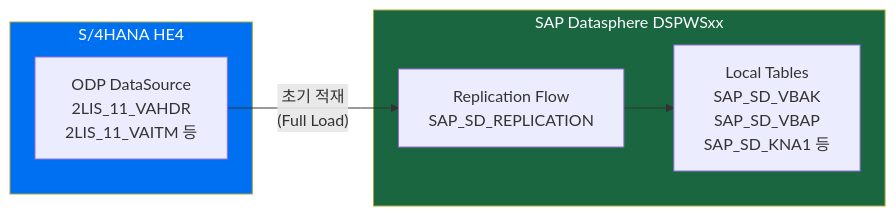
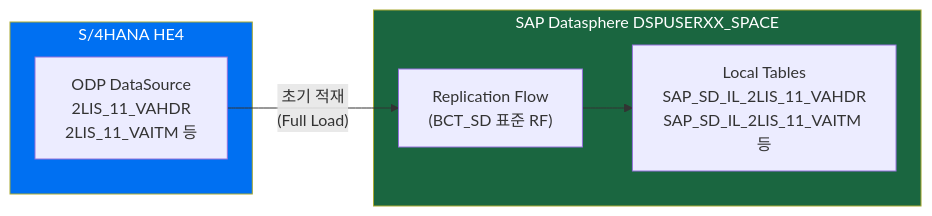
The first of 6 diagrams in labs/lab2-replication-flow.md (youngseols925/sap-datasphere-bdc-workshop), drawn with Mermaid before and after one commit. The commit also changed other lines of this file and 5 other files, not shown here.

````diff
--- a/labs/lab2-replication-flow.md
+++ b/labs/lab2-replication-flow.md
@@ -13,17 +13,17 @@
 ```mermaid
 graph LR
     subgraph SRC["S/4HANA HE4"]
         ODP["ODP DataSource\n2LIS_11_VAHDR\n2LIS_11_VAITM 등"]
     end
 
-    subgraph DSP["SAP Datasphere DSPWSxx"]
-        RF["Replication Flow\nSAP_SD_REPLICATION"]
-        LT["Local Tables\nSAP_SD_VBAK\nSAP_SD_VBAP\nSAP_SD_KNA1 등"]
+    subgraph DSP["SAP Datasphere DSPUSERXX_SPACE"]
+        RF["Replication Flow\n(BCT_SD 표준 RF)"]
+        LT["Local Tables\nSAP_SD_IL_2LIS_11_VAHDR\nSAP_SD_IL_2LIS_11_VAITM 등"]
     end
 
     ODP -->|"초기 적재\n(Full Load)"| RF
     RF --> LT
 
     style SRC fill:#0070F2,color:#fff
     style DSP fill:#1A6640,color:#fff
 ```
````
